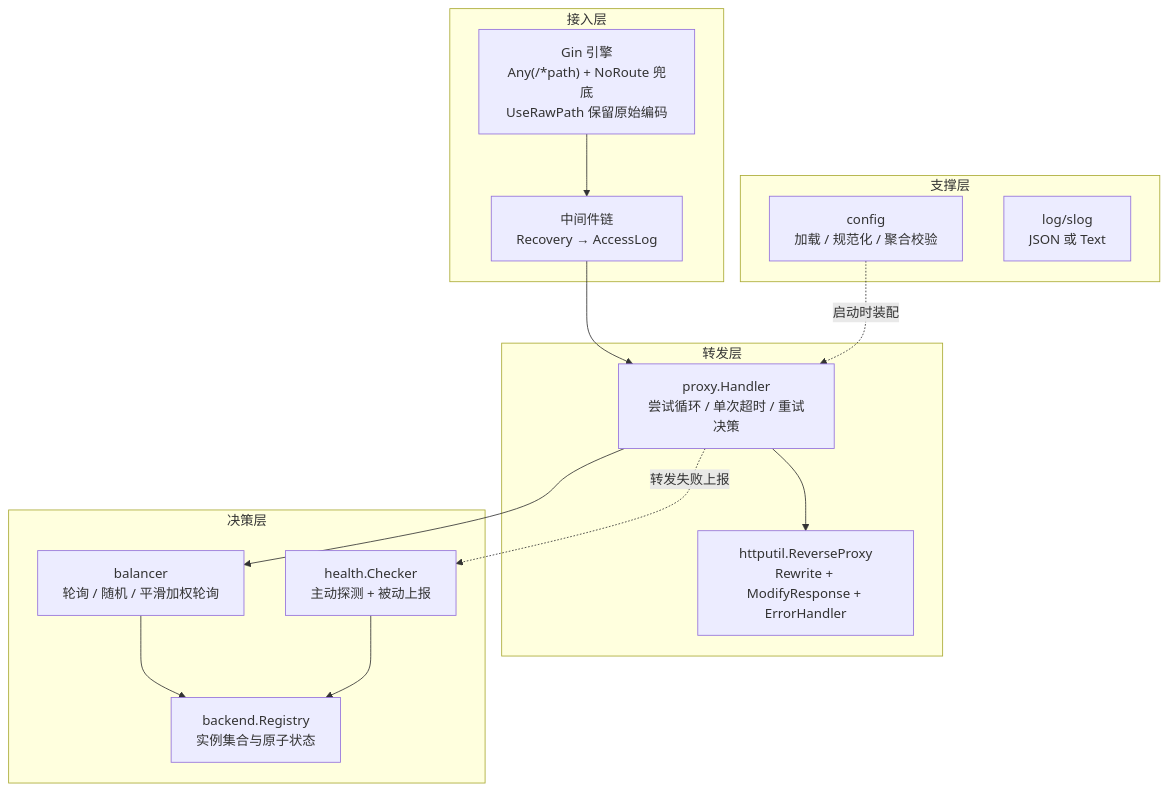
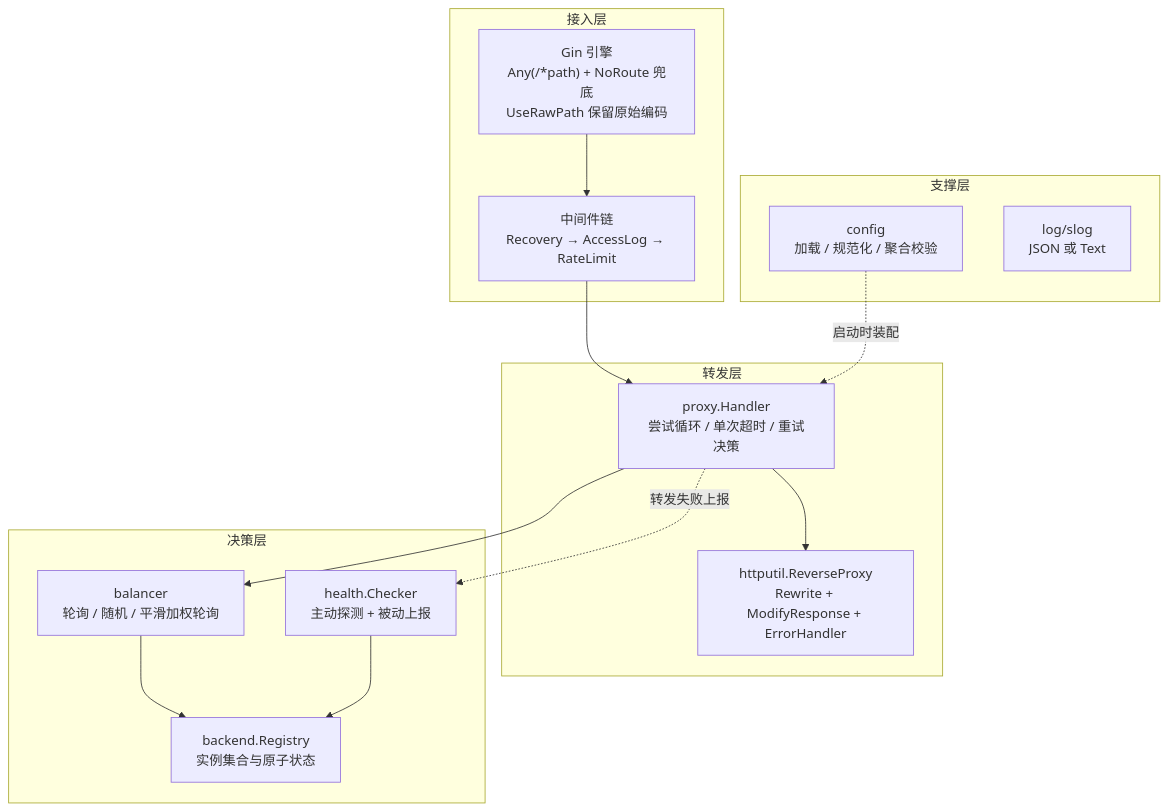
The first of 7 diagrams in docs/design.md (Sader-Lee/reverse-proxy), drawn with Mermaid before and after one commit. The commit also changed other lines of this file and 7 other files, not shown here.

````diff
--- a/docs/design.md
+++ b/docs/design.md
@@ -44,26 +44,26 @@
 ```mermaid
 flowchart TB
     subgraph L1["接入层"]
         G["Gin 引擎<br/>Any(/*path) + NoRoute 兜底<br/>UseRawPath 保留原始编码"]
-        MW["中间件链<br/>Recovery → AccessLog"]
+        MW["中间件链<br/>Recovery → AccessLog → RateLimit"]
     end
     subgraph L2["转发层"]
         H["proxy.Handler<br/>尝试循环 / 单次超时 / 重试决策"]
         RP["httputil.ReverseProxy<br/>Rewrite + ModifyResponse + ErrorHandler"]
     end
     subgraph L3["决策层"]
         LB["balancer<br/>轮询 / 随机 / 平滑加权轮询"]
         HC["health.Checker<br/>主动探测 + 被动上报"]
         REG["backend.Registry<br/>实例集合与原子状态"]
     end
     subgraph L4["支撑层"]
         CFG["config<br/>加载 / 规范化 / 聚合校验"]
         LOG["log/slog<br/>JSON 或 Text"]
     end
 
     G --> MW --> H --> RP
     H --> LB --> REG
     HC --> REG
     H -. 转发失败上报 .-> HC
     CFG -. 启动时装配 .-> H
 ```
````
